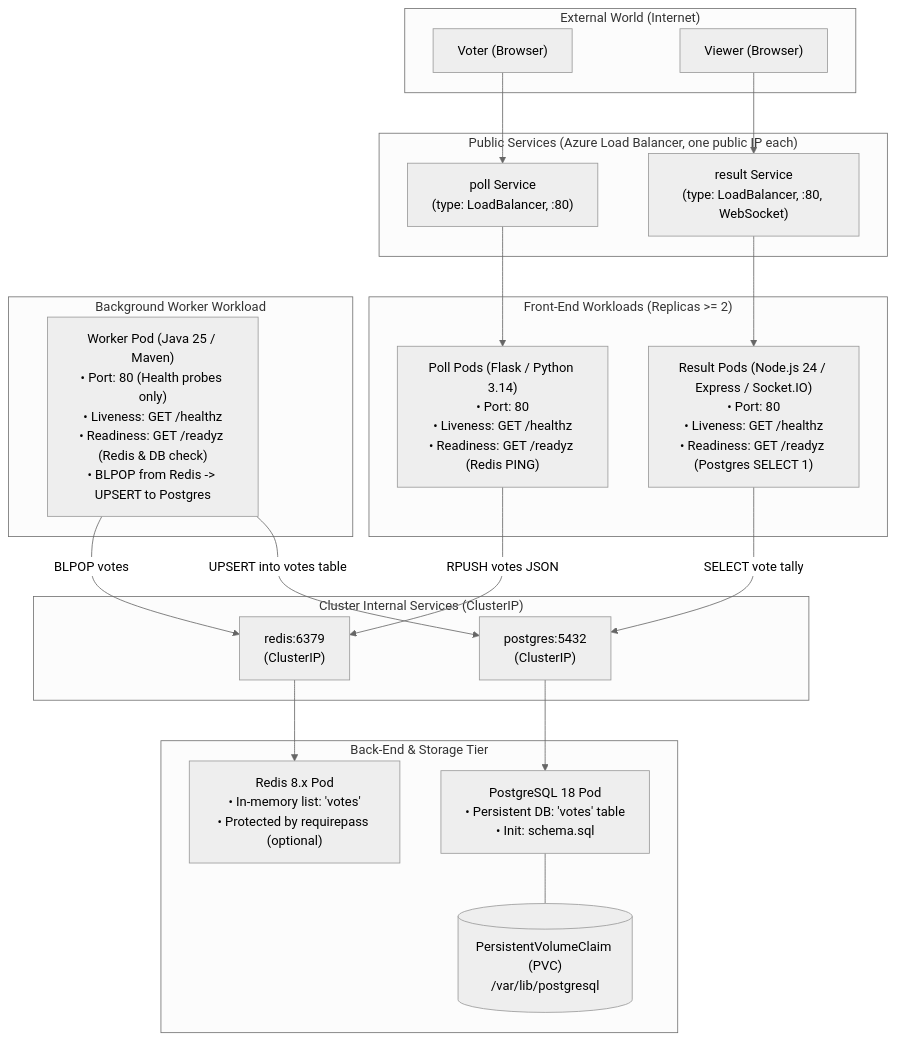
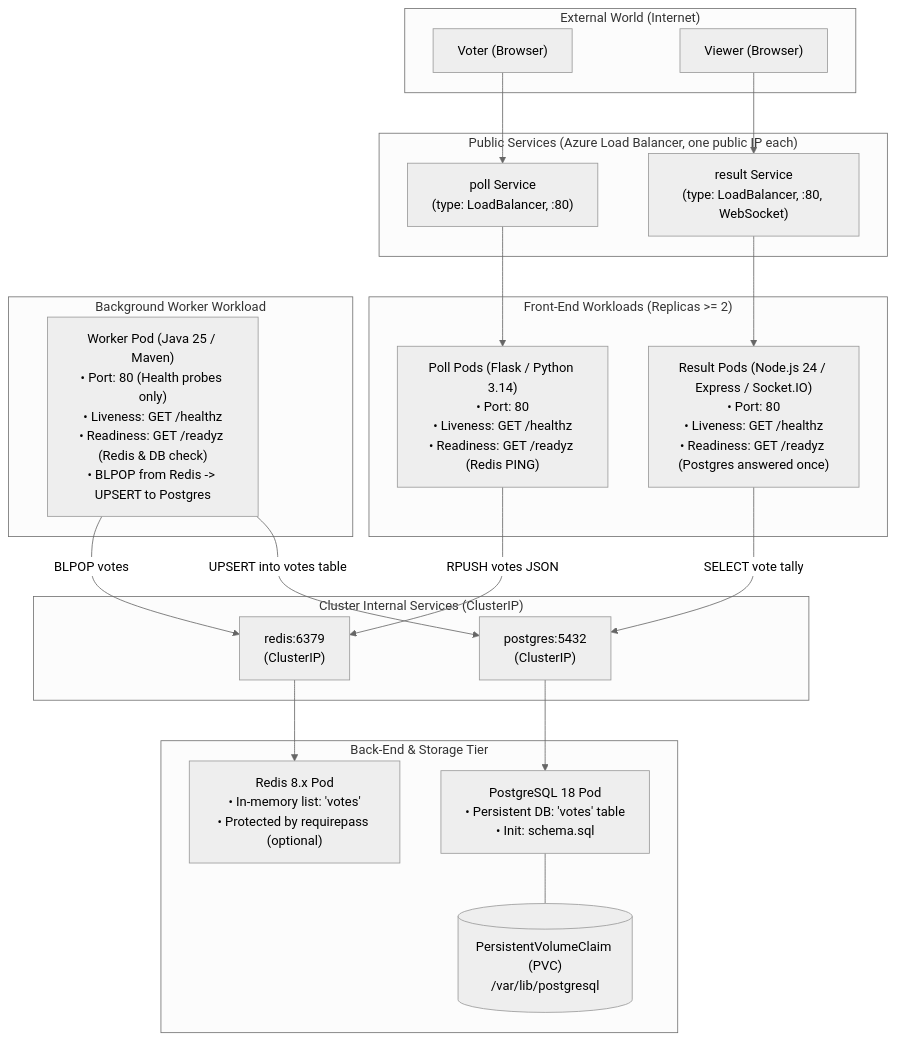
One commit to Nexlein/Bernstein changed the diagram in README.md. Above: the diagram before and after it, drawn with Mermaid (neutral theme). The commit also changed 5 other files, not shown here.

````diff
--- a/README.md
+++ b/README.md
@@ -27,43 +27,43 @@
 ```mermaid
 flowchart TD
     subgraph External["External World (Internet)"]
         UserVote["Voter (Browser)"]
         UserResult["Viewer (Browser)"]
     end
 
     subgraph IngressLayer["Public Services (Azure Load Balancer, one public IP each)"]
         PollIngress["poll Service\n(type: LoadBalancer, :80)"]
         ResultIngress["result Service\n(type: LoadBalancer, :80, WebSocket)"]
     end
 
     subgraph WebTier["Front-End Workloads (Replicas >= 2)"]
         PollPods["Poll Pods (Flask / Python 3.14)\n• Port: 80\n• Liveness: GET /healthz\n• Readiness: GET /readyz (Redis PING)"]
-        ResultPods["Result Pods (Node.js 24 / Express / Socket.IO)\n• Port: 80\n• Liveness: GET /healthz\n• Readiness: GET /readyz (Postgres SELECT 1)"]
+        ResultPods["Result Pods (Node.js 24 / Express / Socket.IO)\n• Port: 80\n• Liveness: GET /healthz\n• Readiness: GET /readyz (Postgres answered once)"]
     end
 
     subgraph InternalServices["Cluster Internal Services (ClusterIP)"]
         RedisSvc["redis:6379\n(ClusterIP)"]
         PostgresSvc["postgres:5432\n(ClusterIP)"]
     end
 
     subgraph BackingTier["Back-End & Storage Tier"]
         RedisPod["Redis 8.x Pod\n• In-memory list: 'votes'\n• Protected by requirepass (optional)"]
         PostgresPod["PostgreSQL 18 Pod\n• Persistent DB: 'votes' table\n• Init: schema.sql"]
         PostgresPVC[("PersistentVolumeClaim (PVC)\n/var/lib/postgresql")]
     end
 
     subgraph ProcessingTier["Background Worker Workload"]
         WorkerPod["Worker Pod (Java 25 / Maven)\n• Port: 80 (Health probes only)\n• Liveness: GET /healthz\n• Readiness: GET /readyz (Redis & DB check)\n• BLPOP from Redis -> UPSERT to Postgres"]
     end
 
     %% External routing
     UserVote --> PollIngress --> PollPods
     UserResult --> ResultIngress --> ResultPods
 
     %% Internal communication
     PollPods -- "RPUSH votes JSON" --> RedisSvc --> RedisPod
     WorkerPod -- "BLPOP votes" --> RedisSvc
     WorkerPod -- "UPSERT into votes table" --> PostgresSvc --> PostgresPod
     ResultPods -- "SELECT vote tally" --> PostgresSvc
     PostgresPod --- PostgresPVC
 ```
````
